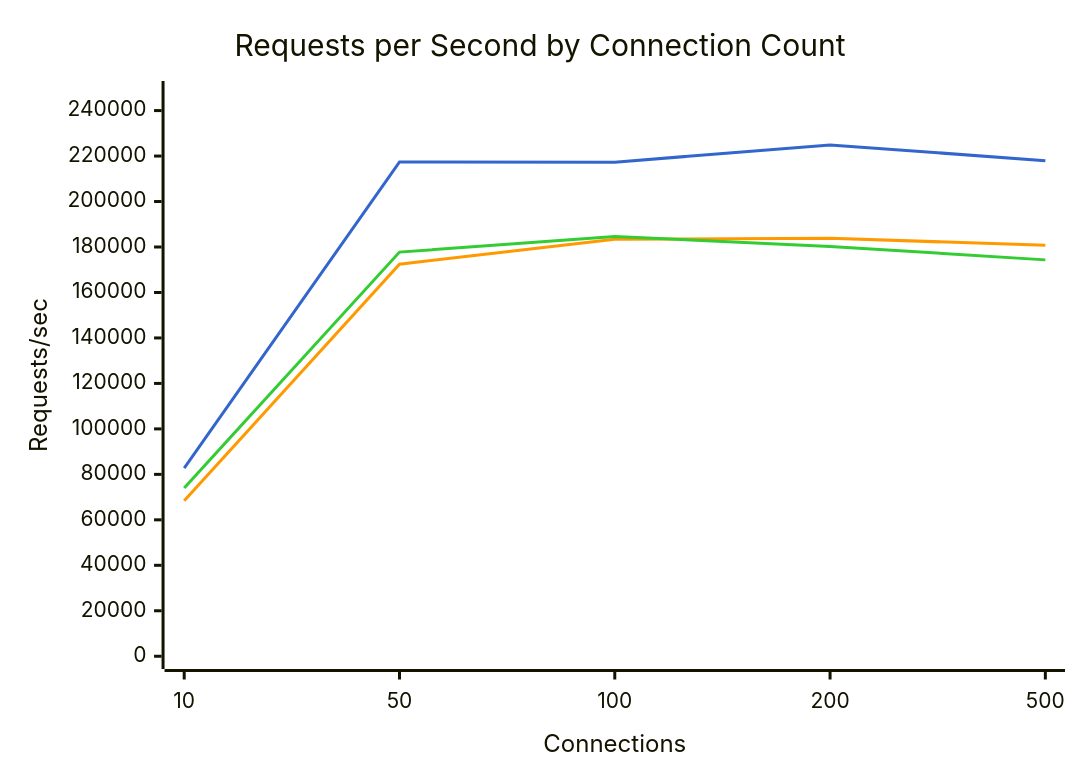
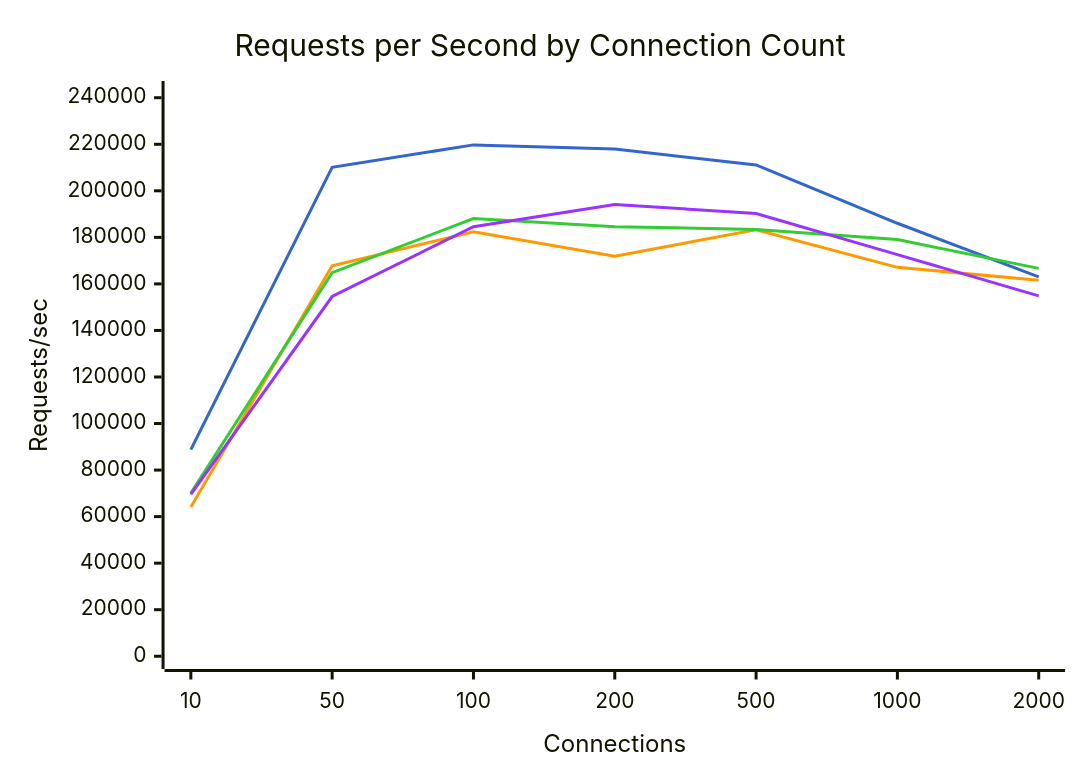
One commit to youyuanwu/bypass-misc changed the first of 6 diagrams in docs/Bench/Azure/Standard_D2s_v5.md. Above: the diagram before and after it, drawn with Mermaid. The commit also changed other lines of this file and 15 other files, not shown here.

````diff
--- a/docs/Bench/Azure/Standard_D2s_v5.md
+++ b/docs/Bench/Azure/Standard_D2s_v5.md
@@ -27,15 +40,16 @@
 ```mermaid
 ---
 config:
     themeVariables:
         xyChart:
-            plotColorPalette: "#3366cc, #ff9900, #33cc33"
+            plotColorPalette: "#3366cc, #ff9900, #33cc33, #9933ff"
 ---
 xychart-beta
     title "Requests per Second by Connection Count"
-    x-axis "Connections" [10, 50, 100, 200, 500]
-    y-axis "Requests/sec" 0 --> 247405
-    line "dpdk" [82745, 217383, 217307, 224914, 217972]
-    line "tokio" [68372, 172420, 183370, 183861, 180745]
-    line "tokio-local" [74018, 177762, 184627, 180253, 174338]
+    x-axis "Connections" [10, 50, 100, 200, 500, 1000, 2000]
+    y-axis "Requests/sec" 0 --> 241709
+    line "dpdk" [88799, 210105, 219735, 217940, 211119, 186051, 163001]
+    line "tokio" [64172, 167797, 182387, 171872, 183282, 167110, 161605]
+    line "tokio-local" [70073, 164853, 188098, 184592, 183373, 179060, 166664]
+    line "kimojio" [69507, 154580, 184577, 194154, 190208, 172605, 154853]
 ```
````
